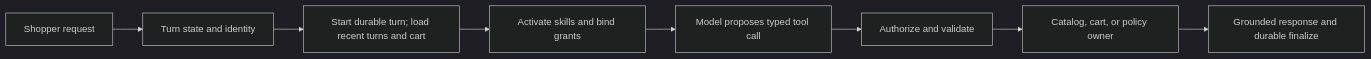
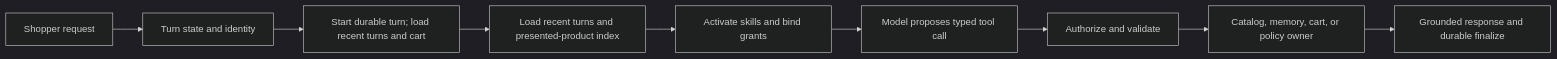
Before and after one commit to NVIDIA-AI-Blueprints/retail-shopping-assistant: the diagram in docs/SHOPPER_AGENT_LEADERSHIP_NOTE.md, drawn with Mermaid (dark theme). The commit also changed other lines of this file and 26 other files, not shown here.

First line of the commit message:
feat: add durable conversation product references

````diff
--- a/docs/SHOPPER_AGENT_LEADERSHIP_NOTE.md
+++ b/docs/SHOPPER_AGENT_LEADERSHIP_NOTE.md
@@ -23,10 +24,11 @@
 ```mermaid
 flowchart LR
     A[Shopper request] --> B[Turn state and identity]
     B --> C[Start durable turn; load recent turns and cart]
-    C --> D[Activate skills and bind grants]
-    D --> E[Model proposes typed tool call]
-    E --> F[Authorize and validate]
-    F --> G[Catalog, cart, or policy owner]
-    G --> H[Grounded response and durable finalize]
+    C --> D[Load recent turns and presented-product index]
+    D --> E[Activate skills and bind grants]
+    E --> F[Model proposes typed tool call]
+    F --> G[Authorize and validate]
+    G --> H[Catalog, memory, cart, or policy owner]
+    H --> I[Grounded response and durable finalize]
 ```
````
